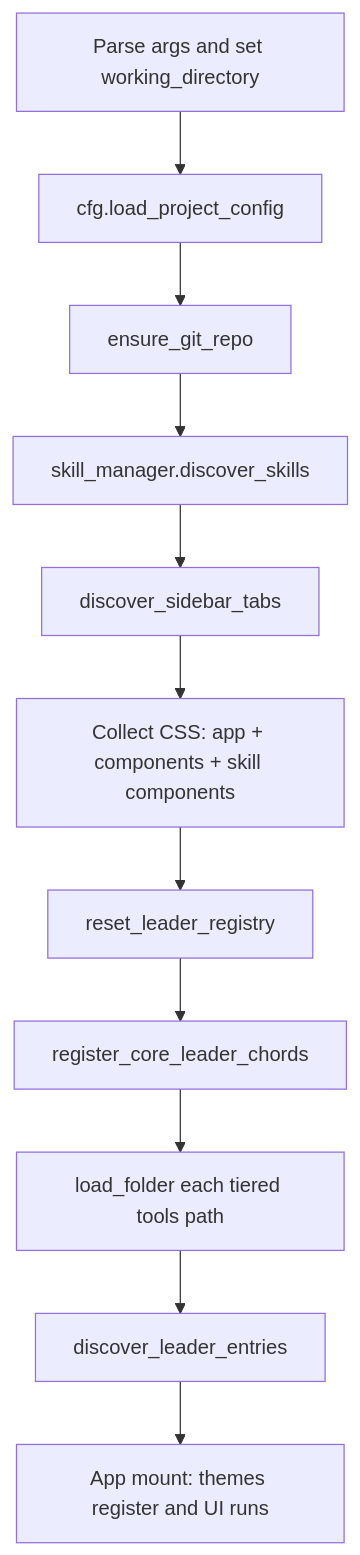
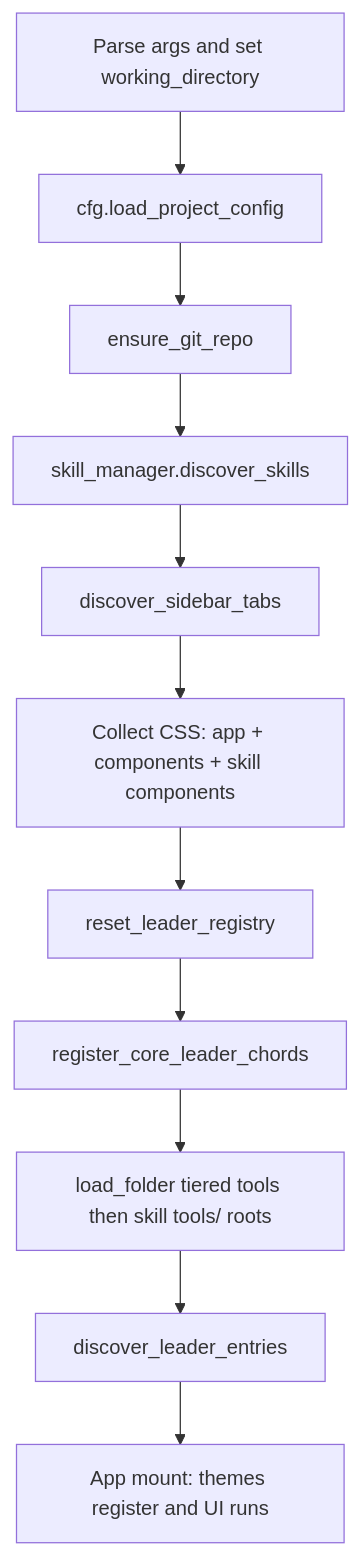
The diagram in docs/extending_cody.md (RhombusWeasel/cody), drawn with Mermaid before and after one commit. The commit also changed other lines of this file and 24 other files, not shown here.

````diff
--- a/docs/extending_cody.md
+++ b/docs/extending_cody.md
@@ -40,13 +43,13 @@
 ```mermaid
 flowchart TD
   A[Parse args and set working_directory] --> B[cfg.load_project_config]
   B --> C[ensure_git_repo]
   C --> D[skill_manager.discover_skills]
   D --> E[discover_sidebar_tabs]
   E --> F[Collect CSS: app + components + skill components]
   F --> G[reset_leader_registry]
   G --> H[register_core_leader_chords]
-  H --> I[load_folder each tiered tools path]
+  H --> I[load_folder tiered tools then skill tools/ roots]
   I --> J[discover_leader_entries]
   J --> K[App mount: themes register and UI runs]
 ```
````
